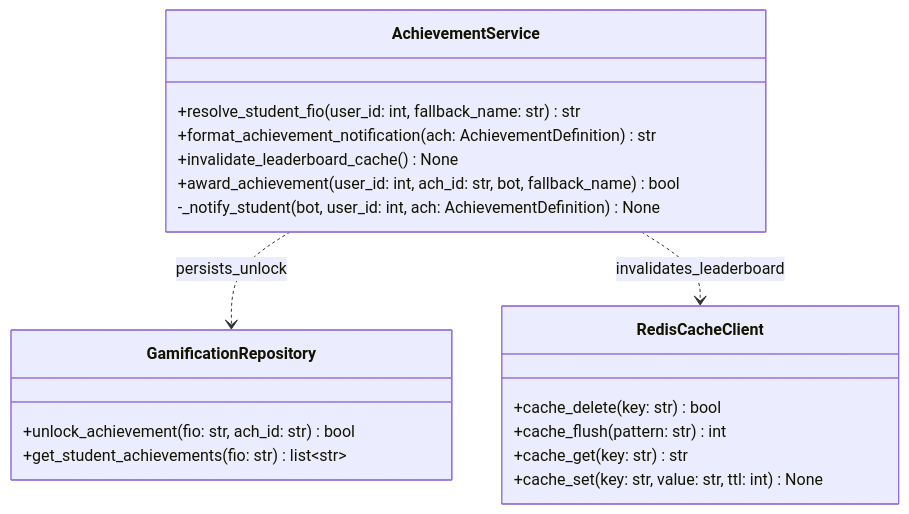
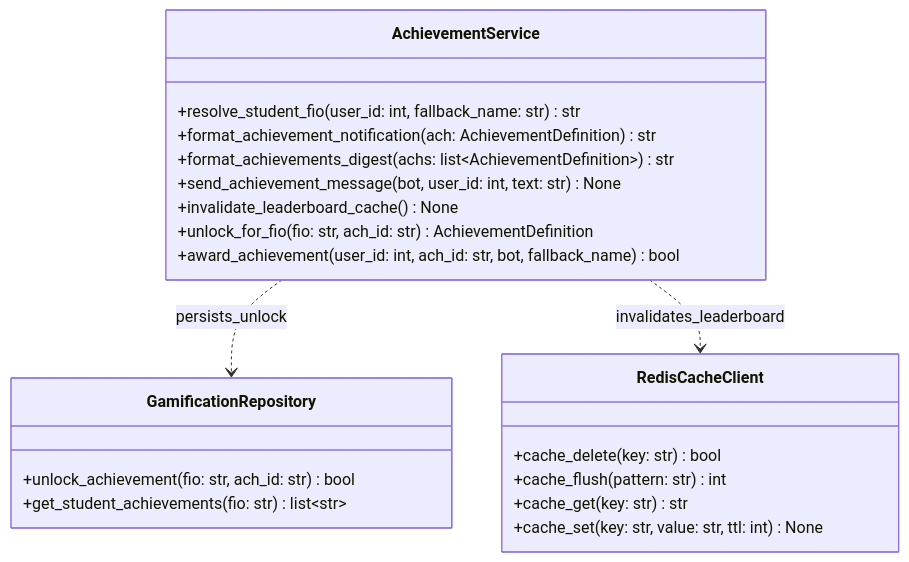
Before and after one commit to Utkautka1/para: diagram 53 of 55 in docs/UML.md, drawn with Mermaid. The commit also changed other lines of this file and 60 other files, not shown here.

````diff
--- a/docs/UML.md
+++ b/docs/UML.md
@@ -3362,27 +3381,29 @@
 ```mermaid
 classDiagram
     direction TB
 
     class AchievementService {
         +resolve_student_fio(user_id: int, fallback_name: str) str
         +format_achievement_notification(ach: AchievementDefinition) str
+        +format_achievements_digest(achs: list~AchievementDefinition~) str
+        +send_achievement_message(bot, user_id: int, text: str) None
         +invalidate_leaderboard_cache() None
+        +unlock_for_fio(fio: str, ach_id: str) AchievementDefinition
         +award_achievement(user_id: int, ach_id: str, bot, fallback_name) bool
-        -_notify_student(bot, user_id: int, ach: AchievementDefinition) None
     }
 
     class GamificationRepository {
         +unlock_achievement(fio: str, ach_id: str) bool
         +get_student_achievements(fio: str) list~str~
     }
 
     class RedisCacheClient {
         +cache_delete(key: str) bool
         +cache_flush(pattern: str) int
         +cache_get(key: str) str
         +cache_set(key: str, value: str, ttl: int) None
     }
 
     AchievementService ..> GamificationRepository : persists_unlock
     AchievementService ..> RedisCacheClient : invalidates_leaderboard
 ```
````
